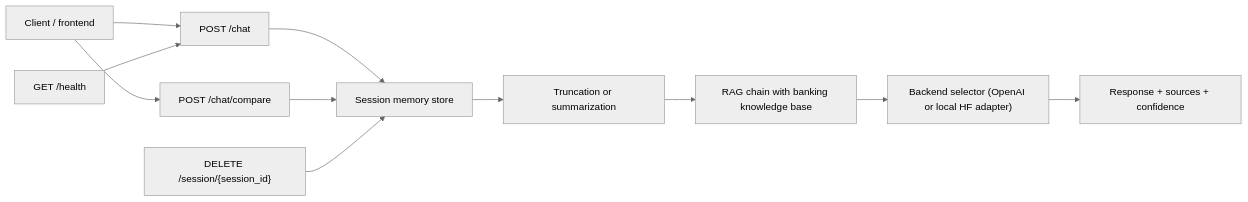
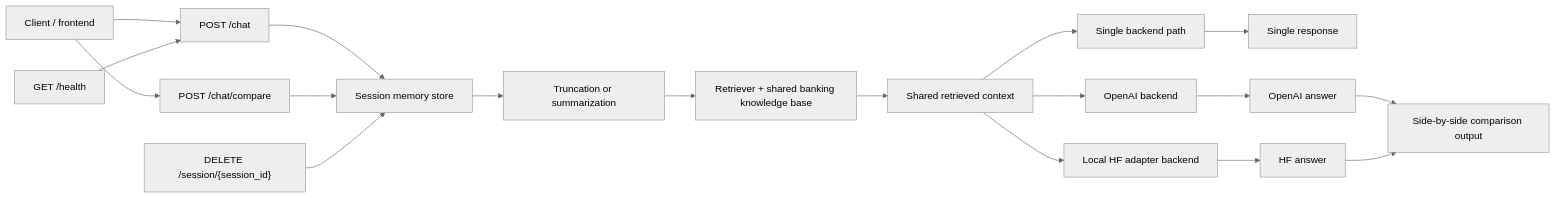
Before and after one commit to rakeshmadasaniai/banking-genai-portfolio: the diagram in 04-conversational-memory/README.md, drawn with Mermaid (neutral theme). The commit also changed other lines of this file and 2 other files, not shown here.

Commit message:
Strengthen Project 4 docs, tests, and execution notes

````diff
--- a/04-conversational-memory/README.md
+++ b/04-conversational-memory/README.md
@@ -17,14 +17,21 @@
 ```mermaid
 flowchart LR
     A["Client / frontend"] --> B["POST /chat"]
     A --> B2["POST /chat/compare"]
     B --> C["Session memory store"]
     B2 --> C
     C --> D["Truncation or summarization"]
-    D --> E["RAG chain with banking knowledge base"]
-    E --> F["Backend selector (OpenAI or local HF adapter)"]
-    F --> G["Response + sources + confidence"]
+    D --> E["Retriever + shared banking knowledge base"]
+    E --> F["Shared retrieved context"]
+    F --> G["Single backend path"]
+    F --> H["OpenAI backend"]
+    F --> I["Local HF adapter backend"]
+    G --> J["Single response"]
+    H --> K["OpenAI answer"]
+    I --> L["HF answer"]
+    K --> M["Side-by-side comparison output"]
+    L --> M
 
-    H["DELETE /session/{session_id}"] --> C
-    I["GET /health"] --> B
+    N["DELETE /session/{session_id}"] --> C
+    O["GET /health"] --> B
 ```
````
